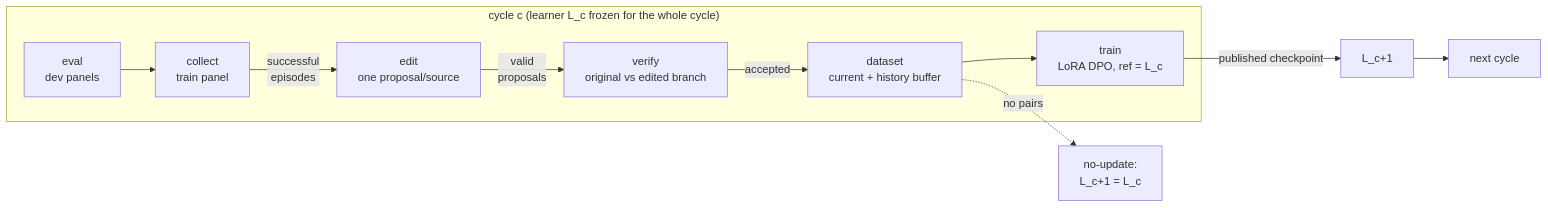
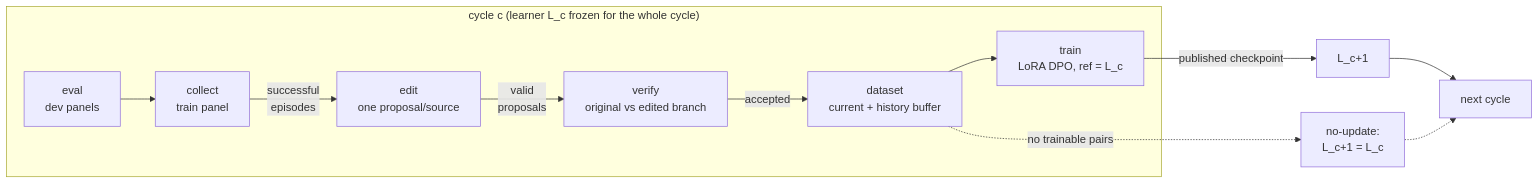
The first of 3 diagrams in docs/architecture.md (thomas-lane/learning-loop), drawn with Mermaid before and after one commit. The commit also changed other lines of this file and 11 other files, not shown here.

````diff
--- a/docs/architecture.md
+++ b/docs/architecture.md
@@ -11,13 +11,14 @@
 ```mermaid
 flowchart LR
     subgraph cycle["cycle c (learner L_c frozen for the whole cycle)"]
         E[eval<br/>dev panels] --> C[collect<br/>train panel]
         C -->|successful<br/>episodes| ED[edit<br/>one proposal/source]
         ED -->|valid<br/>proposals| V[verify<br/>original vs edited branch]
         V -->|accepted| D[dataset<br/>current + history buffer]
         D --> T[train<br/>LoRA DPO, ref = L_c]
     end
     T -->|published checkpoint| L[L_c+1]
     L --> E2[next cycle]
-    D -.->|no pairs| NU[no-update:<br/>L_c+1 = L_c]
+    D -.->|no trainable pairs| NU[no-update:<br/>L_c+1 = L_c]
+    NU -.-> E2
 ```
````
